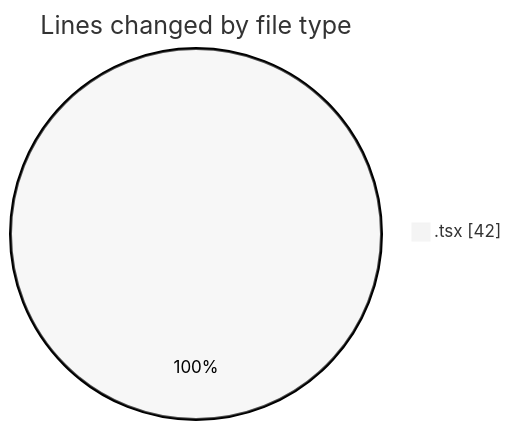
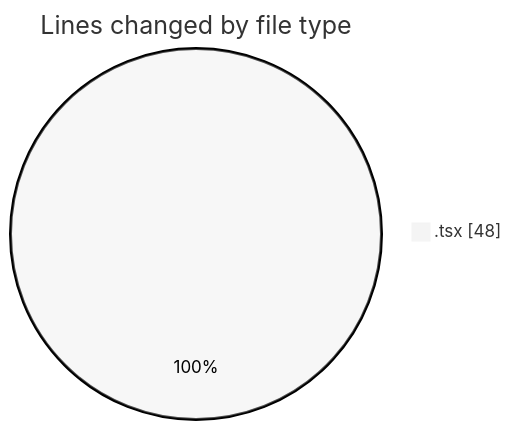
The first of 2 diagrams in 2026-03-26/cda/README.md (momahboobian/code-tracking), drawn with Mermaid (neutral theme) before and after one commit. The commit also changed other lines of this file and 1 other file, not shown here.

````diff
--- a/2026-03-26/cda/README.md
+++ b/2026-03-26/cda/README.md
@@ -20,5 +20,5 @@
 ```mermaid
 pie showData
 title Lines changed by file type
-".tsx" : 42
+".tsx" : 48
 ```
````
